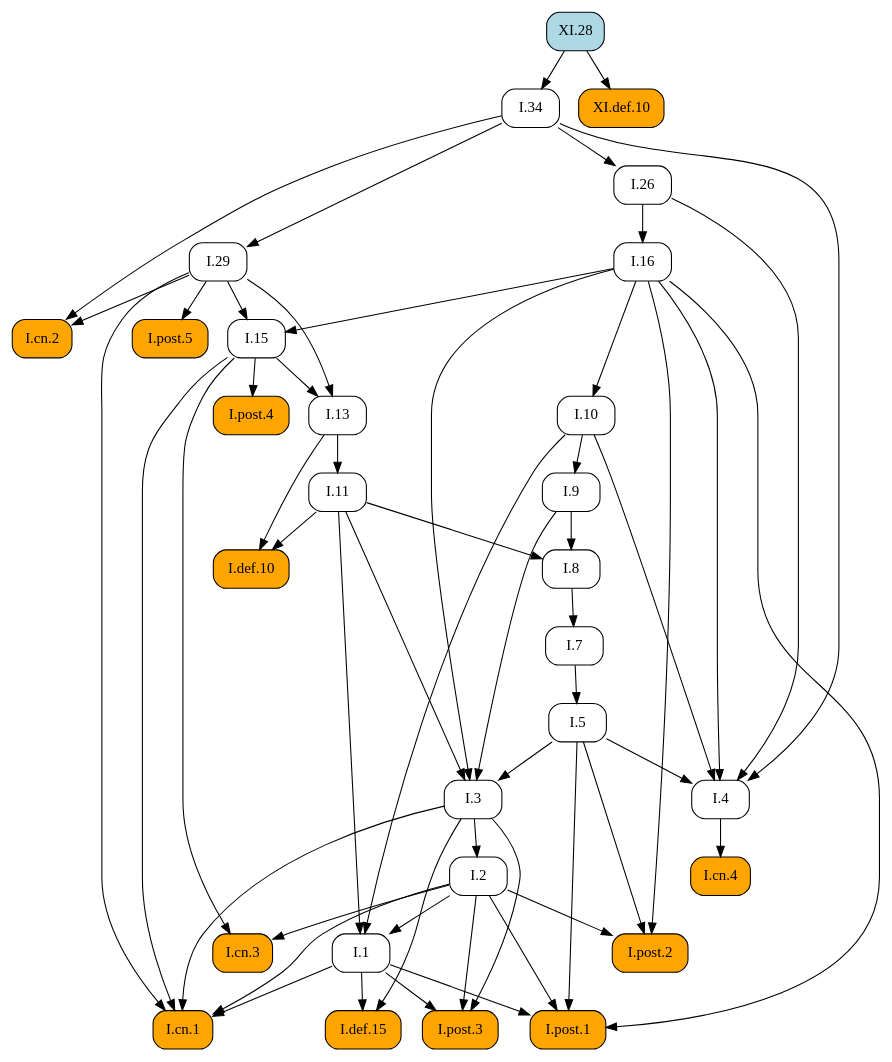
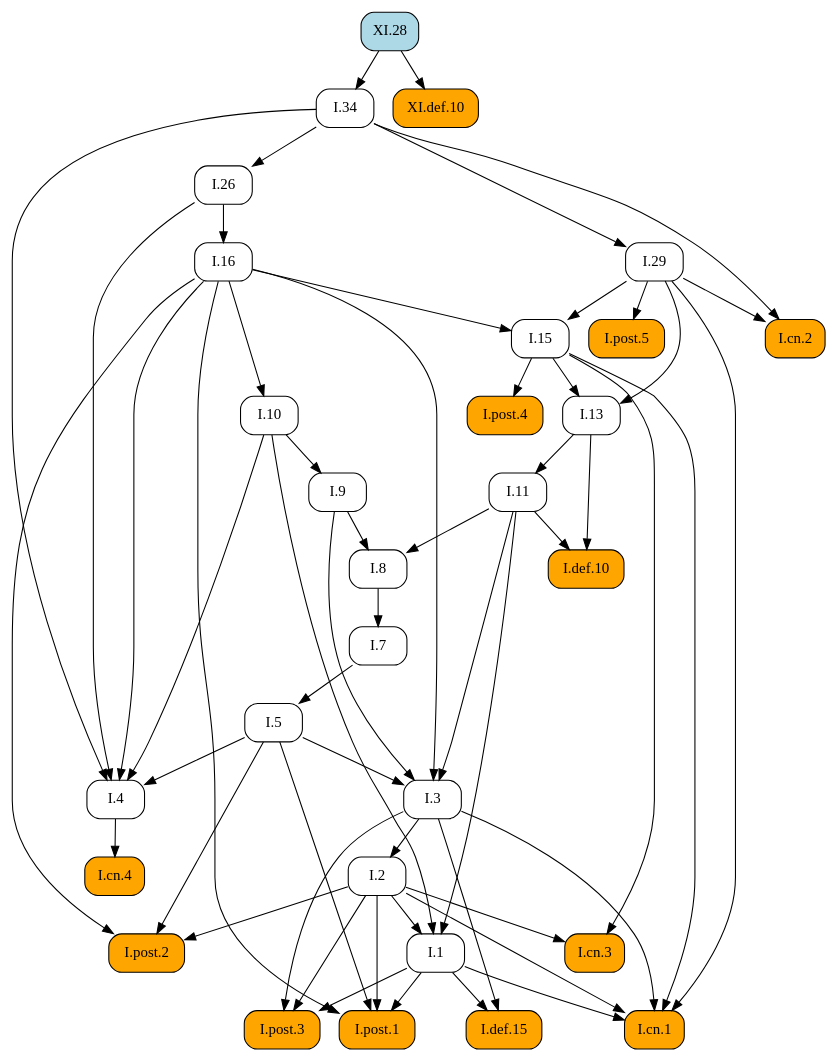
Before and after one commit to geometor/elements: the diagram in docsrc/heath/XI/28/index.rst, drawn with Graphviz. The commit also changed other lines of this file and 484 other files, not shown here.

```diff
--- a/docsrc/heath/XI/28/index.rst
+++ b/docsrc/heath/XI/28/index.rst
@@ -31,88 +31,88 @@
    digraph {
      rankdir="TB";
      node [shape=box, style=rounded];
+     "I.9" [URL="/heath/I/9/", target="_top"];
+     "I.cn.1" [style="rounded,filled", fillcolor=orange, URL="/heath/I/cn.1/", target="_top"];
+     "I.7" [URL="/heath/I/7/", target="_top"];
+     "I.2" [URL="/heath/I/2/", target="_top"];
+     "I.def.15" [style="rounded,filled", fillcolor=orange, URL="/heath/I/def.15/", target="_top"];
+     "I.13" [URL="/heath/I/13/", target="_top"];
+     "I.post.4" [style="rounded,filled", fillcolor=orange, URL="/heath/I/post.4/", target="_top"];
+     "I.4" [URL="/heath/I/4/", target="_top"];
+     "I.1" [URL="/heath/I/1/", target="_top"];
+     "I.post.3" [style="rounded,filled", fillcolor=orange, URL="/heath/I/post.3/", target="_top"];
+     "I.post.1" [style="rounded,filled", fillcolor=orange, URL="/heath/I/post.1/", target="_top"];
+     "I.5" [URL="/heath/I/5/", target="_top"];
+     "I.8" [URL="/heath/I/8/", target="_top"];
+     "I.cn.3" [style="rounded,filled", fillcolor=orange, URL="/heath/I/cn.3/", target="_top"];
+     "I.29" [URL="/heath/I/29/", target="_top"];
+     "XI.def.10" [style="rounded,filled", fillcolor=orange, URL="/heath/XI/def.10/", target="_top"];
+     "I.16" [URL="/heath/I/16/", target="_top"];
      "I.def.10" [style="rounded,filled", fillcolor=orange, URL="/heath/I/def.10/", target="_top"];
+     "I.15" [URL="/heath/I/15/", target="_top"];
+     "I.10" [URL="/heath/I/10/", target="_top"];
      "I.11" [URL="/heath/I/11/", target="_top"];
-     "I.post.4" [style="rounded,filled", fillcolor=orange, URL="/heath/I/post.4/", target="_top"];
-     "I.1" [URL="/heath/I/1/", target="_top"];
+     "I.cn.2" [style="rounded,filled", fillcolor=orange, URL="/heath/I/cn.2/", target="_top"];
+     "I.post.5" [style="rounded,filled", fillcolor=orange, URL="/heath/I/post.5/", target="_top"];
+     "XI.28" [style="rounded,filled", fillcolor=lightblue, URL="/heath/XI/28/", target="_top"];
+     "I.cn.4" [style="rounded,filled", fillcolor=orange, URL="/heath/I/cn.4/", target="_top"];
+     "I.post.2" [style="rounded,filled", fillcolor=orange, URL="/heath/I/post.2/", target="_top"];
      "I.26" [URL="/heath/I/26/", target="_top"];
-     "I.7" [URL="/heath/I/7/", target="_top"];
      "I.34" [URL="/heath/I/34/", target="_top"];
      "I.3" [URL="/heath/I/3/", target="_top"];
-     "I.2" [URL="/heath/I/2/", target="_top"];
-     "I.4" [URL="/heath/I/4/", target="_top"];
-     "I.29" [URL="/heath/I/29/", target="_top"];
-     "I.13" [URL="/heath/I/13/", target="_top"];
-     "XI.28" [style="rounded,filled", fillcolor=lightblue, URL="/heath/XI/28/", target="_top"];
-     "I.cn.2" [style="rounded,filled", fillcolor=orange, URL="/heath/I/cn.2/", target="_top"];
-     "I.post.2" [style="rounded,filled", fillcolor=orange, URL="/heath/I/post.2/", target="_top"];
-     "XI.def.10" [style="rounded,filled", fillcolor=orange, URL="/heath/XI/def.10/", target="_top"];
-     "I.16" [URL="/heath/I/16/", target="_top"];
-     "I.def.15" [style="rounded,filled", fillcolor=orange, URL="/heath/I/def.15/", target="_top"];
-     "I.9" [URL="/heath/I/9/", target="_top"];
-     "I.post.3" [style="rounded,filled", fillcolor=orange, URL="/heath/I/post.3/", target="_top"];
-     "I.cn.1" [style="rounded,filled", fillcolor=orange, URL="/heath/I/cn.1/", target="_top"];
-     "I.cn.3" [style="rounded,filled", fillcolor=orange, URL="/heath/I/cn.3/", target="_top"];
-     "I.8" [URL="/heath/I/8/", target="_top"];
-     "I.cn.4" [style="rounded,filled", fillcolor=orange, URL="/heath/I/cn.4/", target="_top"];
-     "I.15" [URL="/heath/I/15/", target="_top"];
-     "I.post.5" [style="rounded,filled", fillcolor=orange, URL="/heath/I/post.5/", target="_top"];
-     "I.post.1" [style="rounded,filled", fillcolor=orange, URL="/heath/I/post.1/", target="_top"];
-     "I.10" [URL="/heath/I/10/", target="_top"];
-     "I.5" [URL="/heath/I/5/", target="_top"];
-     "I.11" -> "I.def.10";
-     "I.13" -> "I.def.10";
-     "I.13" -> "I.11";
+     "I.10" -> "I.9";
+     "I.1" -> "I.cn.1";
+     "I.2" -> "I.cn.1";
+     "I.3" -> "I.cn.1";
+     "I.15" -> "I.cn.1";
+     "I.29" -> "I.cn.1";
+     "I.8" -> "I.7";
+     "I.3" -> "I.2";
+     "I.1" -> "I.def.15";
+     "I.3" -> "I.def.15";
+     "I.15" -> "I.13";
+     "I.29" -> "I.13";
      "I.15" -> "I.post.4";
+     "I.5" -> "I.4";
+     "I.10" -> "I.4";
+     "I.16" -> "I.4";
+     "I.26" -> "I.4";
+     "I.34" -> "I.4";
      "I.2" -> "I.1";
      "I.10" -> "I.1";
      "I.11" -> "I.1";
+     "I.1" -> "I.post.3";
+     "I.2" -> "I.post.3";
+     "I.3" -> "I.post.3";
+     "I.1" -> "I.post.1";
+     "I.2" -> "I.post.1";
+     "I.5" -> "I.post.1";
+     "I.16" -> "I.post.1";
+     "I.7" -> "I.5";
+     "I.9" -> "I.8";
+     "I.11" -> "I.8";
+     "I.2" -> "I.cn.3";
+     "I.15" -> "I.cn.3";
+     "I.34" -> "I.29";
+     "XI.28" -> "XI.def.10";
+     "I.26" -> "I.16";
+     "I.11" -> "I.def.10";
+     "I.13" -> "I.def.10";
+     "I.16" -> "I.15";
+     "I.29" -> "I.15";
+     "I.16" -> "I.10";
+     "I.13" -> "I.11";
+     "I.29" -> "I.cn.2";
+     "I.34" -> "I.cn.2";
+     "I.29" -> "I.post.5";
+     "I.4" -> "I.cn.4";
+     "I.2" -> "I.post.2";
+     "I.5" -> "I.post.2";
+     "I.16" -> "I.post.2";
      "I.34" -> "I.26";
-     "I.8" -> "I.7";
      "XI.28" -> "I.34";
      "I.5" -> "I.3";
      "I.9" -> "I.3";
      "I.11" -> "I.3";
      "I.16" -> "I.3";
-     "I.3" -> "I.2";
-     "I.5" -> "I.4";
-     "I.10" -> "I.4";
-     "I.16" -> "I.4";
-     "I.26" -> "I.4";
-     "I.34" -> "I.4";
-     "I.34" -> "I.29";
-     "I.15" -> "I.13";
-     "I.29" -> "I.13";
-     "I.29" -> "I.cn.2";
-     "I.34" -> "I.cn.2";
-     "I.2" -> "I.post.2";
-     "I.5" -> "I.post.2";
-     "I.16" -> "I.post.2";
-     "XI.28" -> "XI.def.10";
-     "I.26" -> "I.16";
-     "I.1" -> "I.def.15";
-     "I.3" -> "I.def.15";
-     "I.10" -> "I.9";
-     "I.1" -> "I.post.3";
-     "I.2" -> "I.post.3";
-     "I.3" -> "I.post.3";
-     "I.1" -> "I.cn.1";
-     "I.2" -> "I.cn.1";
-     "I.3" -> "I.cn.1";
-     "I.15" -> "I.cn.1";
-     "I.29" -> "I.cn.1";
-     "I.2" -> "I.cn.3";
-     "I.15" -> "I.cn.3";
-     "I.9" -> "I.8";
-     "I.11" -> "I.8";
-     "I.4" -> "I.cn.4";
-     "I.16" -> "I.15";
-     "I.29" -> "I.15";
-     "I.29" -> "I.post.5";
-     "I.1" -> "I.post.1";
-     "I.2" -> "I.post.1";
-     "I.5" -> "I.post.1";
-     "I.16" -> "I.post.1";
-     "I.16" -> "I.10";
-     "I.7" -> "I.5";
    }
```
